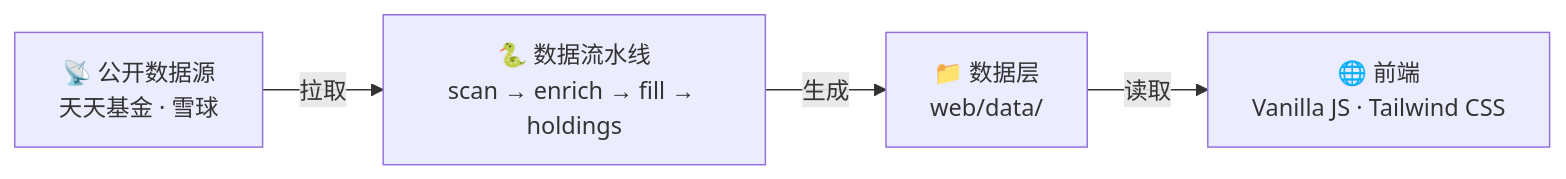
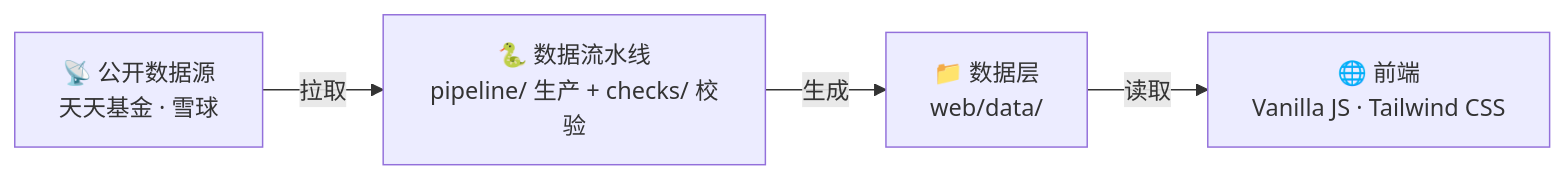
The diagram in README.md (suic-d/qdii-tracker), drawn with Mermaid before and after one commit. The commit also changed other lines of this file and 44 other files, not shown here.

````diff
--- a/README.md
+++ b/README.md
@@ -23,11 +23,11 @@
 ```mermaid
 graph LR
     A["📡 公开数据源<br/>天天基金 · 雪球"]
-    B["🐍 数据流水线<br/>scan → enrich → fill → holdings"]
+    B["🐍 数据流水线<br/>pipeline/ 生产 + checks/ 校验"]
     C["📁 数据层<br/>web/data/"]
     D["🌐 前端<br/>Vanilla JS · Tailwind CSS"]
 
     A -->|拉取| B
     B -->|生成| C
     C -->|读取| D
 ```
````
